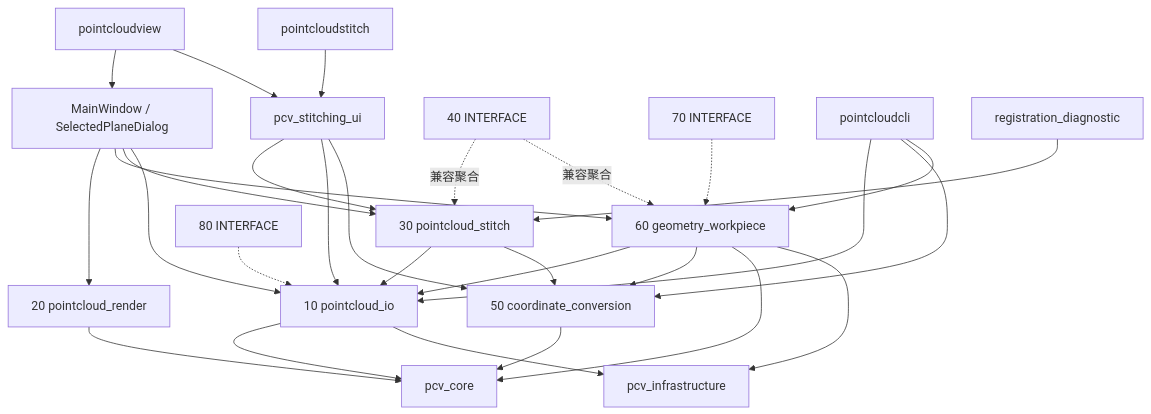
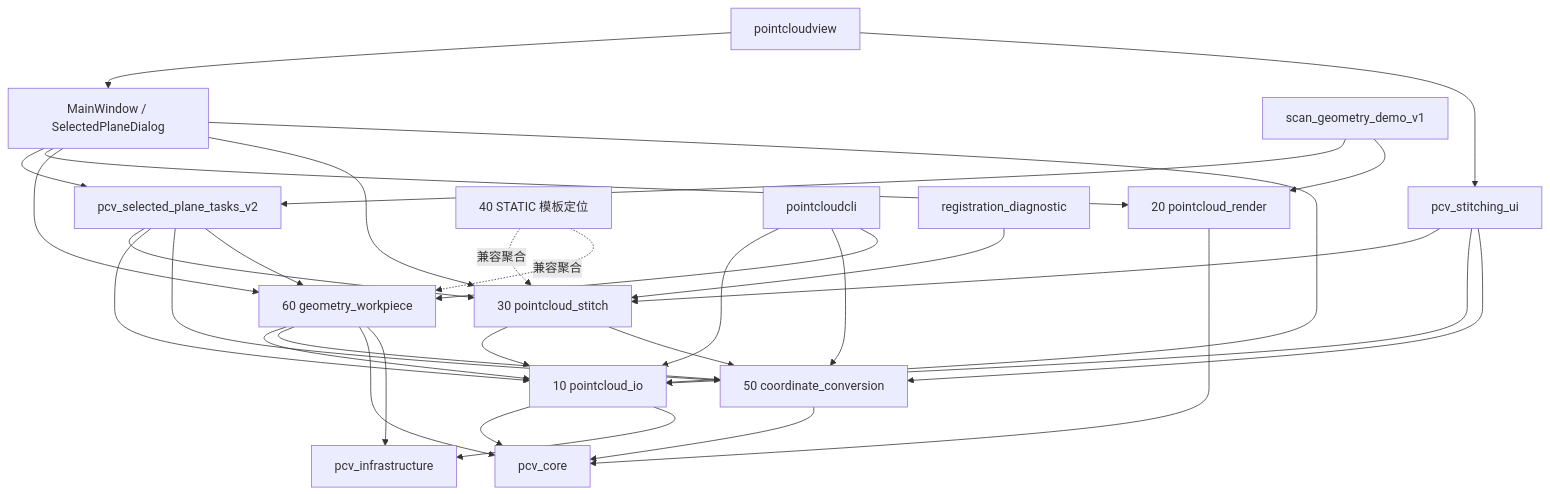
One commit to chenzhenjia/pointcloudsuite changed the first of 3 diagrams in docs/architecture/software_architecture_v0.5.md. Above: the diagram before and after it, drawn with Mermaid. The commit also changed other lines of this file and 157 other files, not shown here.

````diff
--- a/docs/architecture/software_architecture_v0.5.md
+++ b/docs/architecture/software_architecture_v0.5.md
@@ -19,31 +19,35 @@
 ```mermaid
 flowchart TB
   View[pointcloudview] --> Shell[MainWindow / SelectedPlaneDialog]
   View --> Shared[pcv_stitching_ui]
-  Stitch[pointcloudstitch] --> Shared
+  Scan[scan_geometry_demo_v1] --> Tasks[pcv_selected_plane_tasks_v2]
+  Shell --> Tasks
+  Tasks --> M30
+  Tasks --> M10
+  Tasks --> M50
+  Tasks --> M60
+  Scan --> M20
   Shared --> M30[30 pointcloud_stitch]
   Shared --> M10[10 pointcloud_io]
   Shared --> M50[50 coordinate_conversion]
   Shell --> M20[20 pointcloud_render]
   Shell --> M60[60 geometry_workpiece]
   Shell --> M30
   Shell --> M10
   M30 --> M10
   M30 --> M50
   M60 --> M10
   M60 --> M50
-  M40[40 INTERFACE] -.兼容聚合.-> M30
+  M40[40 STATIC 模板定位] -.兼容聚合.-> M30
   M40 -.兼容聚合.-> M60
-  M70[70 INTERFACE] -.-> M60
-  M80[80 INTERFACE] -.-> M10
   M10 --> Core[pcv_core]
   M10 --> Infra[pcv_infrastructure]
   M60 --> Core
   M60 --> Infra
   M50 --> Core
   M20 --> Core
   CLI[pointcloudcli] --> M10
   CLI --> M50
   CLI --> M60
   Tool[registration_diagnostic] --> M30
 ```
````
